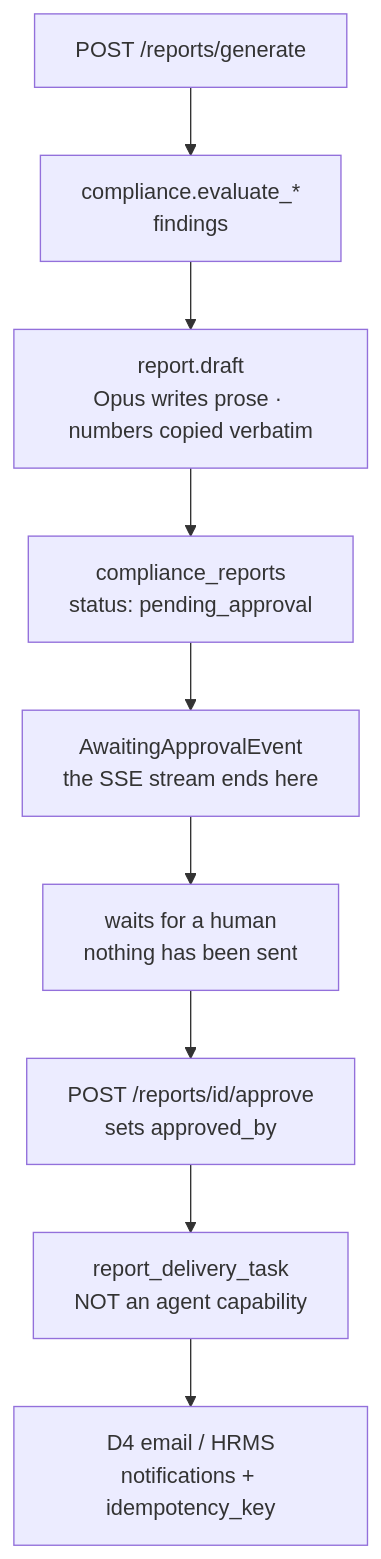
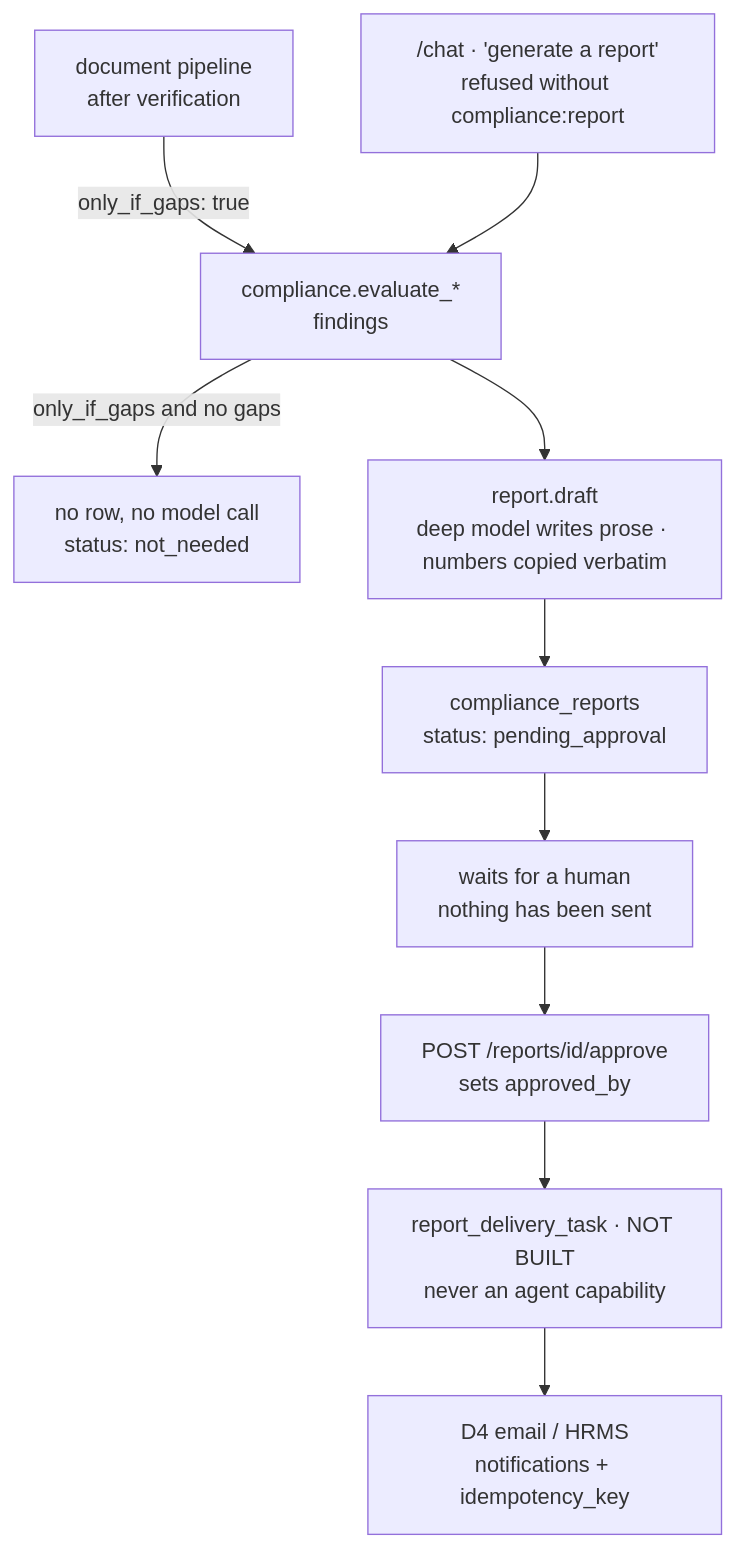
Before and after one commit to PratikKamble99/FDE_POC_FE: the fifth of 6 diagrams in docs/AGENTS.md, drawn with Mermaid. The commit also changed other lines of this file and 28 other files, not shown here.

````diff
--- a/docs/AGENTS.md
+++ b/docs/AGENTS.md
@@ -608,11 +610,13 @@
 ```mermaid
 flowchart TD
-    G["POST /reports/generate"] --> CF["compliance.evaluate_*<br/>findings"]
-    CF --> DR["report.draft<br/>Opus writes prose · numbers copied verbatim"]
+    UP["document pipeline<br/>after verification"] -->|"only_if_gaps: true"| CF
+    CH["/chat · 'generate a report'<br/>refused without compliance:report"] --> CF
+    CF["compliance.evaluate_*<br/>findings"]
+    CF -->|"only_if_gaps and no gaps"| NOOP["no row, no model call<br/>status: not_needed"]
+    CF --> DR["report.draft<br/>deep model writes prose · numbers copied verbatim"]
     DR --> PR["compliance_reports<br/>status: pending_approval"]
-    PR --> AE["AwaitingApprovalEvent<br/>the SSE stream ends here"]
-    AE --> HOLD["waits for a human<br/>nothing has been sent"]
+    PR --> HOLD["waits for a human<br/>nothing has been sent"]
     HOLD --> AP["POST /reports/id/approve<br/>sets approved_by"]
-    AP --> DL["report_delivery_task<br/>NOT an agent capability"]
+    AP --> DL["report_delivery_task · NOT BUILT<br/>never an agent capability"]
     DL --> NO["D4 email / HRMS<br/>notifications + idempotency_key"]
 ```
````
